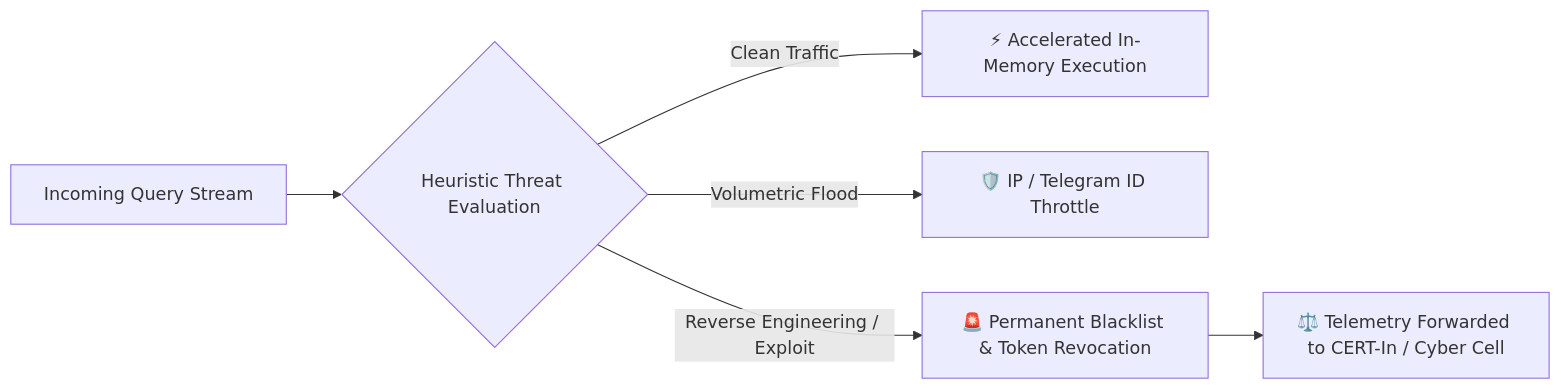
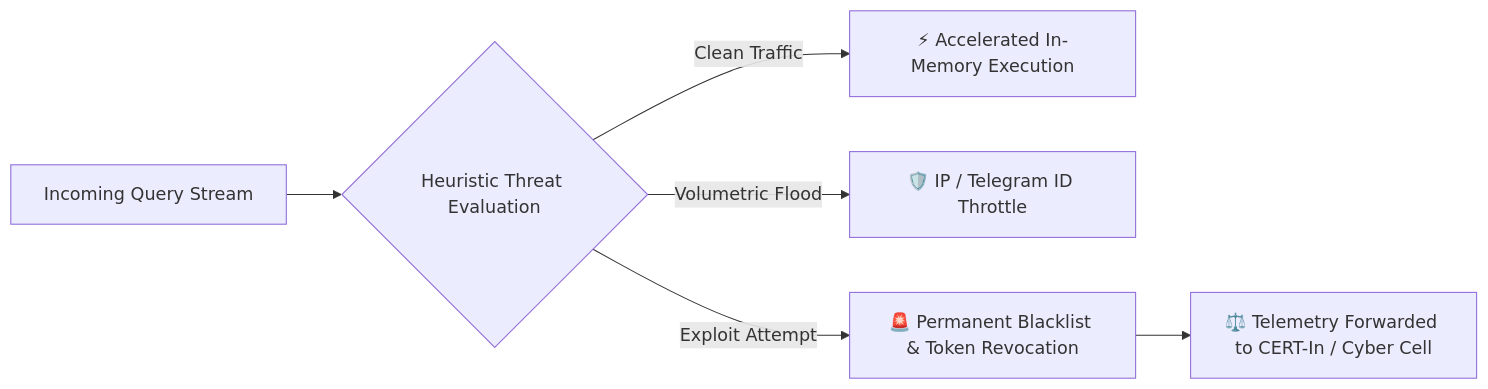
The diagram in ACCEPTABLE_USE_POLICY.md (punit-20/FreshNumberChecker), drawn with Mermaid before and after one commit. The commit also changed other lines of this file and 7 other files, not shown here.

````diff
--- a/ACCEPTABLE_USE_POLICY.md
+++ b/ACCEPTABLE_USE_POLICY.md
@@ -40,8 +46,8 @@
 ```mermaid
 flowchart LR
     A[Incoming Query Stream] --> B{Heuristic Threat Evaluation}
     B -- Clean Traffic --> C[⚡ Accelerated In-Memory Execution]
     B -- Volumetric Flood --> D[🛡️ IP / Telegram ID Throttle]
-    B -- Reverse Engineering / Exploit --> E[🚨 Permanent Blacklist & Token Revocation]
+    B -- Exploit Attempt --> E[🚨 Permanent Blacklist & Token Revocation]
     E --> F[⚖️ Telemetry Forwarded to CERT-In / Cyber Cell]
 ```
````
